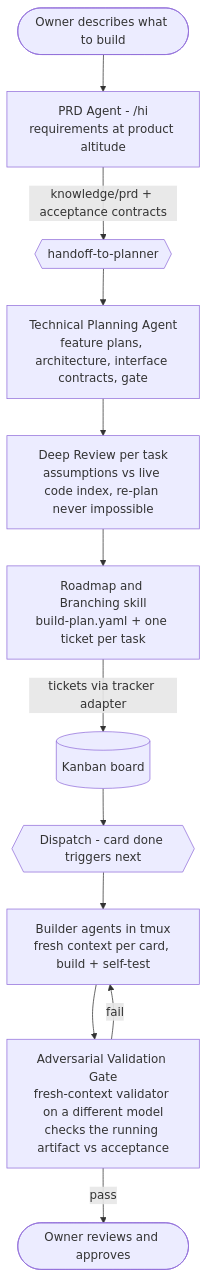
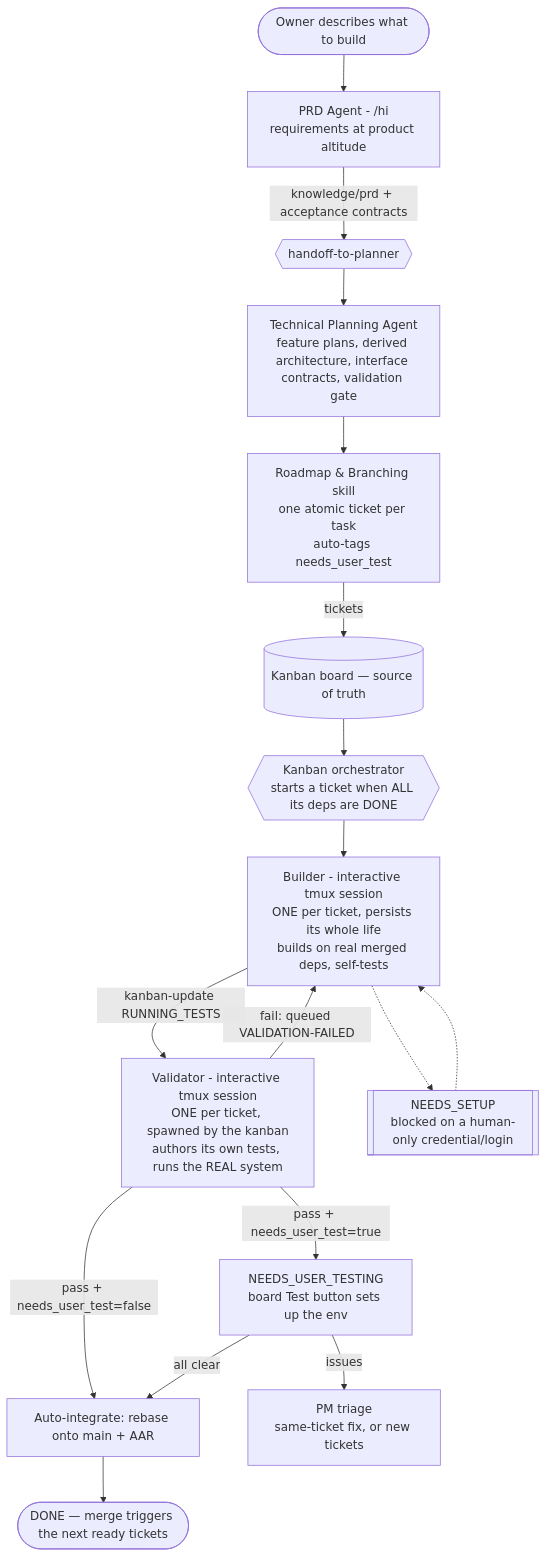
One commit to BrennanOwYong/company-visibility-dashboard changed the diagram in README.md. Above: the diagram before and after it, drawn with Mermaid. The commit also changed other lines of this file and 1 other file, not shown here.

````diff
--- a/README.md
+++ b/README.md
@@ -14,14 +15,19 @@
 ```mermaid
 flowchart TD
     U([Owner describes what to build]) --> PM[PRD Agent - /hi<br/>requirements at product altitude]
     PM -->|knowledge/prd + acceptance contracts| HO{{handoff-to-planner}}
-    HO --> TP[Technical Planning Agent<br/>feature plans, architecture, interface contracts, gate]
-    TP --> DR[Deep Review per task<br/>assumptions vs live code index, re-plan never impossible]
-    DR --> RB[Roadmap and Branching skill<br/>build-plan.yaml + one ticket per task]
-    RB -->|tickets via tracker adapter| KB[(Kanban board)]
-    KB --> DSP{{Dispatch - card done triggers next}}
-    DSP --> BLD[Builder agents in tmux<br/>fresh context per card, build + self-test]
-    BLD --> VG[Adversarial Validation Gate<br/>fresh-context validator on a different model<br/>checks the running artifact vs acceptance]
-    VG -->|pass| DONE([Owner reviews and approves])
-    VG -->|fail| BLD
+    HO --> TP[Technical Planning Agent<br/>feature plans, derived architecture, interface contracts, validation gate]
+    TP --> RB[Roadmap & Branching skill<br/>one atomic ticket per task<br/>auto-tags needs_user_test]
+    RB -->|tickets| KB[(Kanban board — source of truth)]
+    KB --> DSP{{Kanban orchestrator<br/>starts a ticket when ALL its deps are DONE}}
+    DSP --> BLD[Builder - interactive tmux session<br/>ONE per ticket, persists its whole life<br/>builds on real merged deps, self-tests]
+    BLD -->|kanban-update RUNNING_TESTS| VAL[Validator - interactive tmux session<br/>ONE per ticket, spawned by the kanban<br/>authors its own tests, runs the REAL system]
+    VAL -->|fail: queued VALIDATION-FAILED| BLD
+    VAL -->|pass + needs_user_test=false| INT[Auto-integrate: rebase onto main + AAR]
+    VAL -->|pass + needs_user_test=true| UT[NEEDS_USER_TESTING<br/>board Test button sets up the env]
+    UT -->|all clear| INT
+    UT -->|issues| PMT[PM triage<br/>same-ticket fix, or new tickets]
+    INT --> DONE([DONE — merge triggers the next ready tickets])
+    NS[[NEEDS_SETUP<br/>blocked on a human-only credential/login]]
+    BLD -.-> NS -.-> BLD
 ```
````
